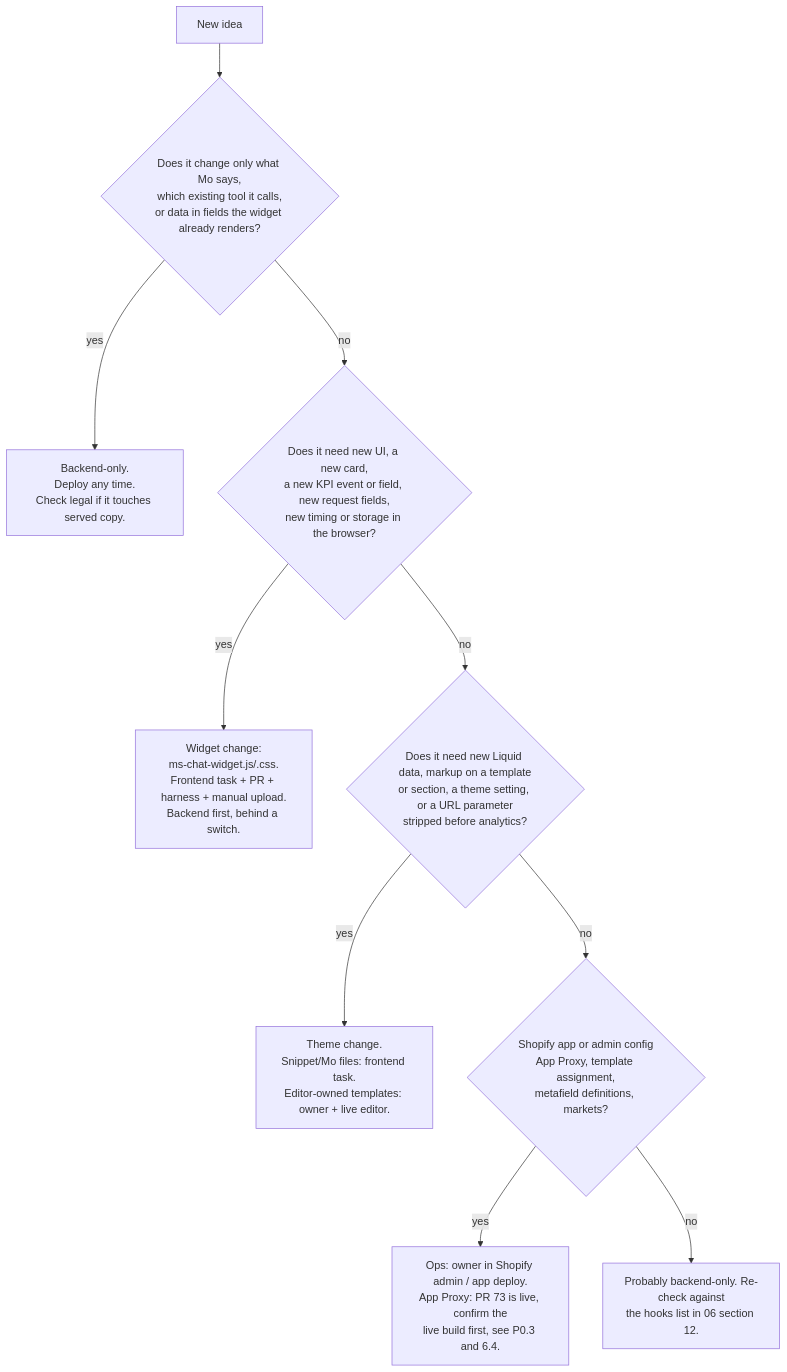
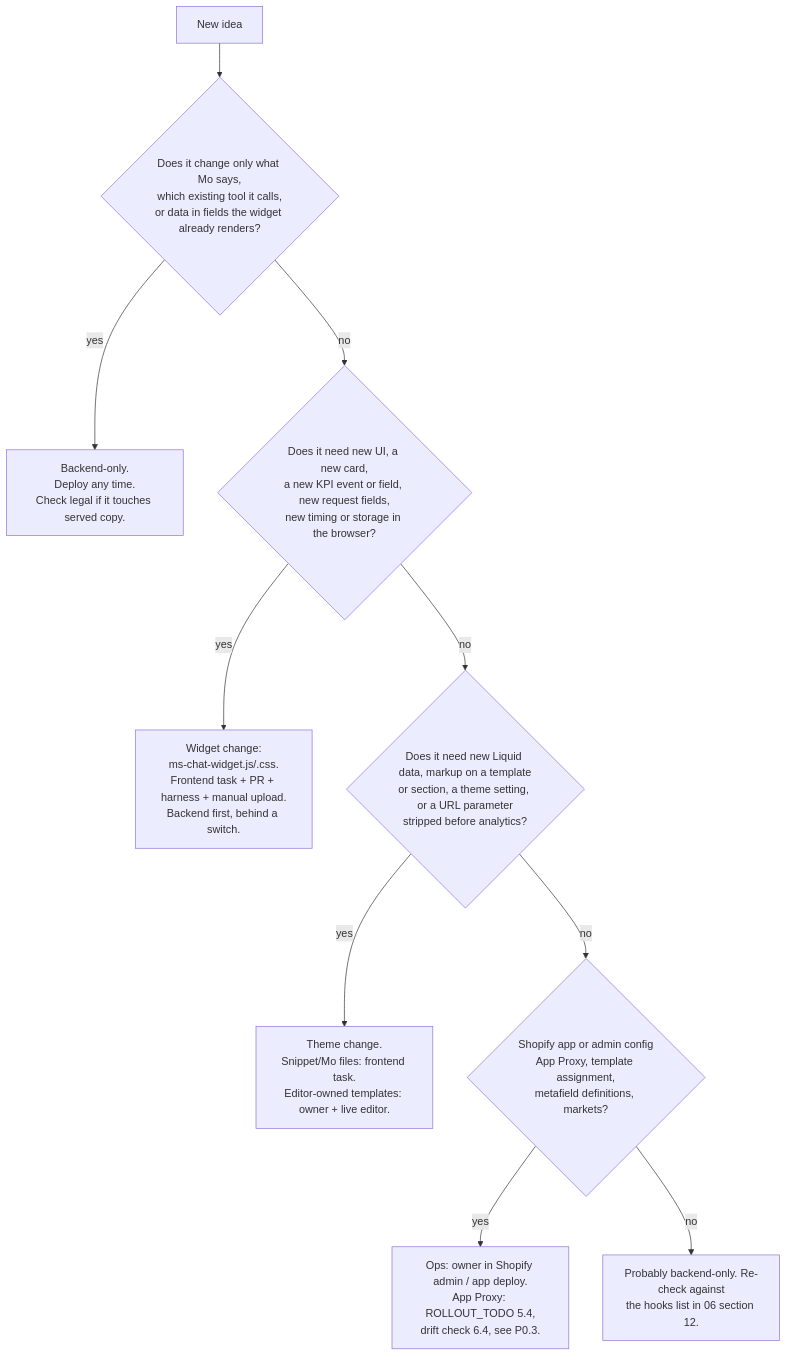
Before and after one commit to 4motionsports-GmbH/mo: the diagram in docs/frontend/07-feature-and-kpi-playbook.md, drawn with Mermaid. The commit also changed other lines of this file and 136 other files, not shown here.

````diff
--- a/docs/frontend/07-feature-and-kpi-playbook.md
+++ b/docs/frontend/07-feature-and-kpi-playbook.md
@@ -42,12 +42,12 @@
 ```mermaid
 flowchart TD
   A[New idea] --> B{Does it change only what Mo says,<br/>which existing tool it calls,<br/>or data in fields the widget already renders?}
   B -- yes --> BE[Backend-only.<br/>Deploy any time.<br/>Check legal if it touches served copy.]
   B -- no --> C{Does it need new UI, a new card,<br/>a new KPI event or field, new request fields,<br/>new timing or storage in the browser?}
   C -- yes --> W[Widget change:<br/>ms-chat-widget.js/.css.<br/>Frontend task + PR + harness + manual upload.<br/>Backend first, behind a switch.]
   C -- no --> D{Does it need new Liquid data, markup on a template<br/>or section, a theme setting, or a URL parameter<br/>stripped before analytics?}
   D -- yes --> T[Theme change.<br/>Snippet/Mo files: frontend task.<br/>Editor-owned templates: owner + live editor.]
   D -- no --> E{Shopify app or admin config<br/>App Proxy, template assignment,<br/>metafield definitions, markets?}
-  E -- yes --> O[Ops: owner in Shopify admin / app deploy.<br/>App Proxy: PR 73 is live, confirm the<br/>live build first, see P0.3 and 6.4.]
+  E -- yes --> O[Ops: owner in Shopify admin / app deploy.<br/>App Proxy: ROLLOUT_TODO 5.4,<br/>drift check 6.4, see P0.3.]
   E -- no --> L[Probably backend-only. Re-check against<br/>the hooks list in 06 section 12.]
 ```
````
